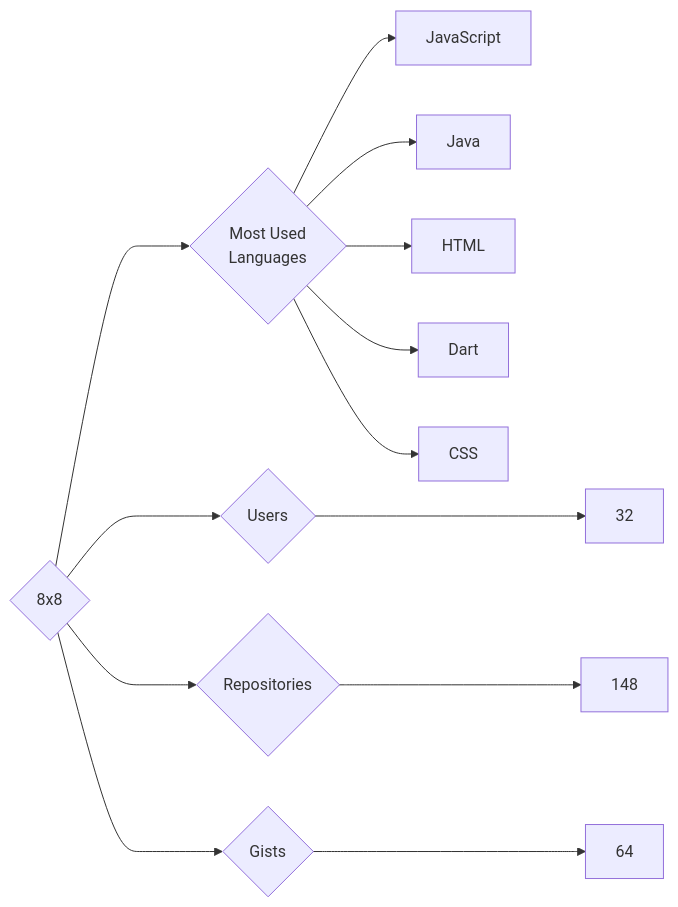
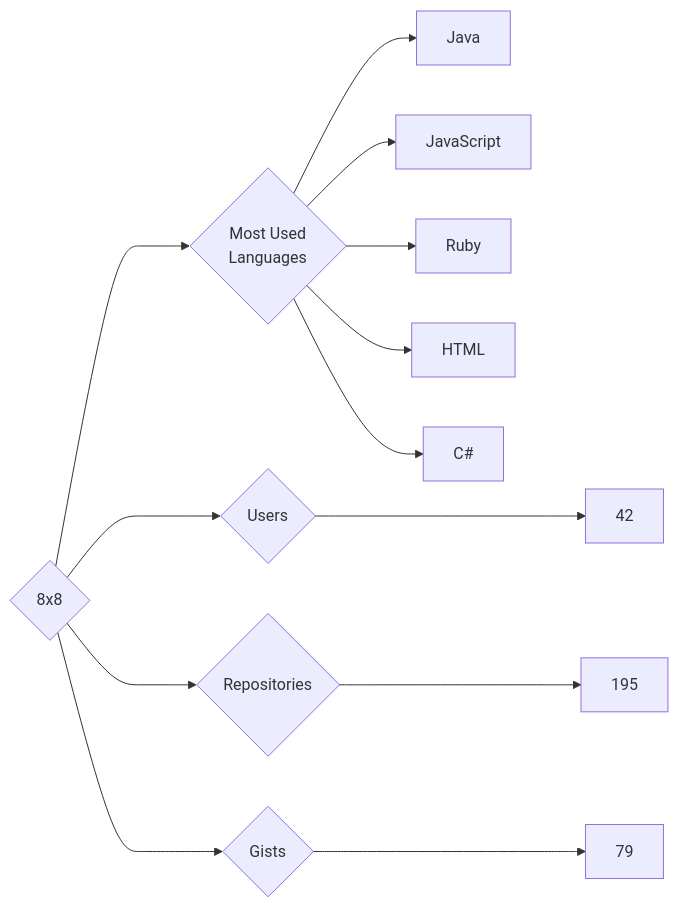
The diagram in targets/8x8/README.md (trickest/insiders), drawn with Mermaid before and after one commit. The commit also changed 895 other files, not shown here.

````diff
--- a/targets/8x8/README.md
+++ b/targets/8x8/README.md
@@ -3,13 +3,13 @@
 ```mermaid
 graph LR
 COMPANY_NAME{8x8}
-COMPANY_NAME ---> U{Users} ---> UN[32]
-COMPANY_NAME ---> R{Repositories} ---> RN[148]
-COMPANY_NAME ---> G{Gists} ---> GN[64]
+COMPANY_NAME ---> U{Users} ---> UN[42]
+COMPANY_NAME ---> R{Repositories} ---> RN[195]
+COMPANY_NAME ---> G{Gists} ---> GN[79]
 COMPANY_NAME ---> ML{Most Used<br>Languages}
+ML --> Java[Java]
 ML --> JavaScript[JavaScript]
-ML --> Java[Java]
+ML --> Ruby[Ruby]
 ML --> HTML[HTML]
-ML --> Dart[Dart]
-ML --> CSS[CSS]
+ML --> C#[C#]
 ```
````
